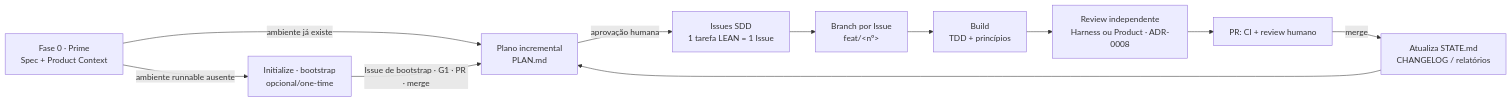
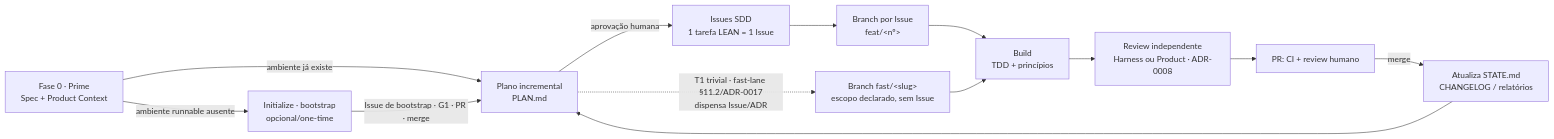
One commit to isaiane/OrionHarness changed the diagram in README.md. Above: the diagram before and after it, drawn with Mermaid. The commit also changed other lines of this file and 11 other files, not shown here.

First line of the commit message:
docs(fast-lane): refinamentos deferidos da T5.1 — predicado/checklists/Mermaid/lane (#89) (#90)

````diff
--- a/README.md
+++ b/README.md
@@ -49,13 +49,15 @@
 ```mermaid
 flowchart LR
     P[Fase 0 · Prime<br/>Spec + Product Context] -->|ambiente runnable ausente| I[Initialize · bootstrap<br/>opcional/one-time]
     P -->|ambiente já existe| A
     I -->|Issue de bootstrap · G1 · PR · merge| A
     A[Plano incremental<br/>PLAN.md] -->|aprovação humana| B[Issues SDD<br/>1 tarefa LEAN = 1 Issue]
+    A -.->|T1 trivial · fast-lane §11.2/ADR-0017<br/>dispensa Issue/ADR| FL[Branch fast/&lt;slug&gt;<br/>escopo declarado, sem Issue]
     B --> C[Branch por Issue<br/>feat/&lt;nº&gt;]
     C --> D[Build<br/>TDD + princípios]
+    FL --> D
     D --> E[Review independente<br/>Harness ou Product · ADR-0008]
     E --> F[PR: CI + review humano]
     F -->|merge| G[Atualiza STATE.md<br/>CHANGELOG / relatórios]
     G --> A
 ```
````
